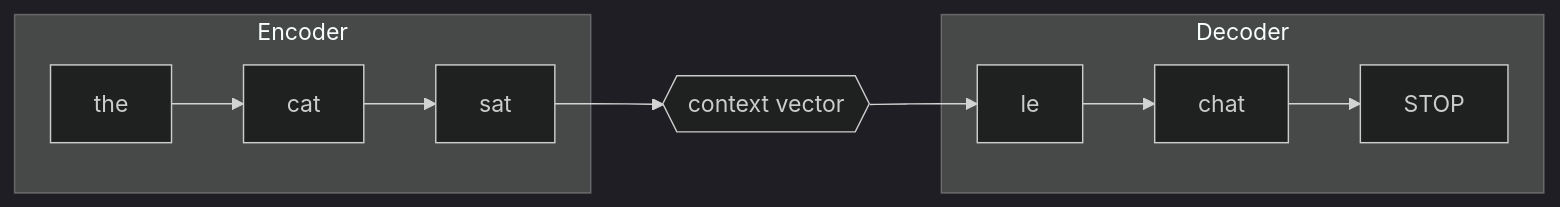
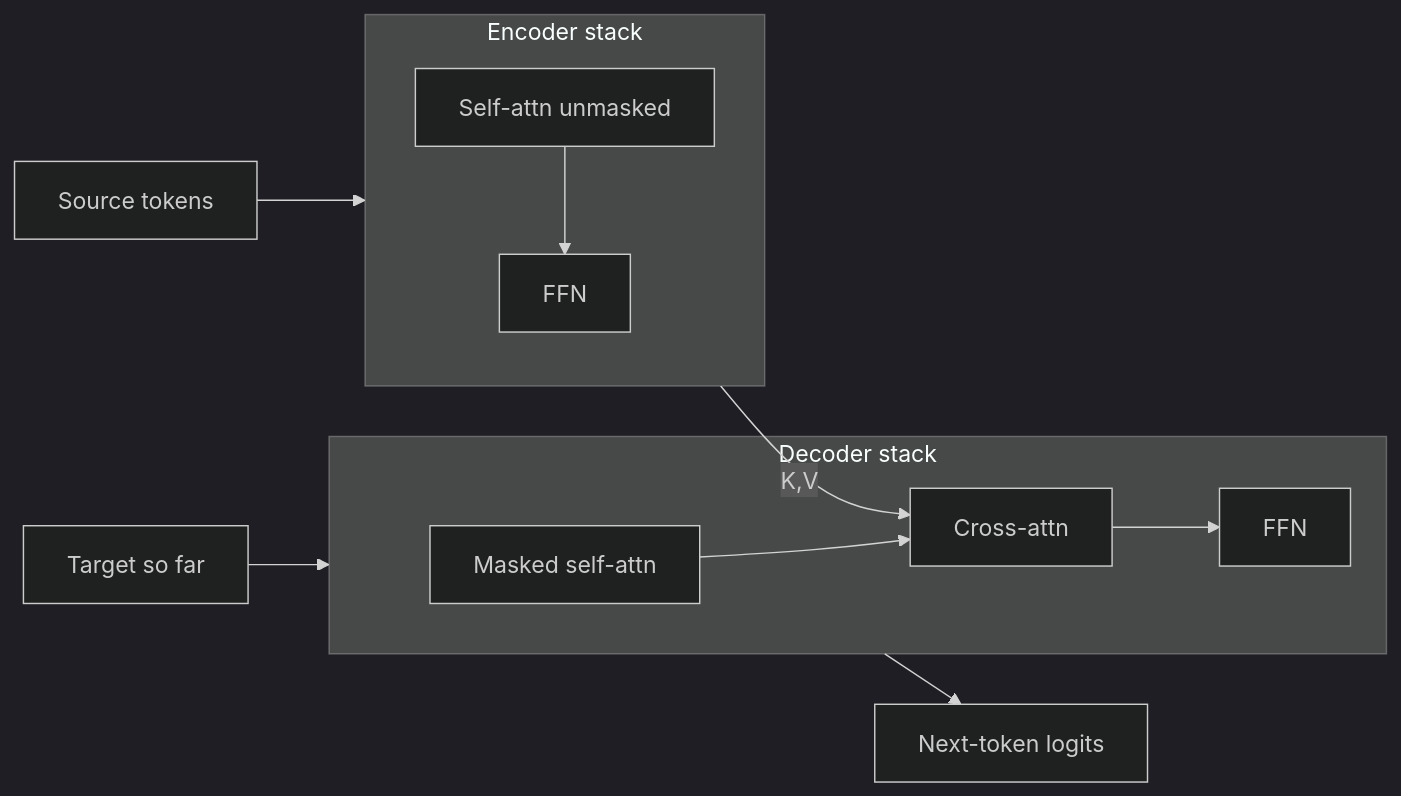
One commit to kader-xai/kader-xai.github.io changed the third of 3 diagrams in ai-ml-encyclopedia/ch17.qmd. Above: the diagram before and after it, drawn with Mermaid (dark theme). The commit also changed other lines of this file and 47 other files, not shown here.

````diff
--- a/ai-ml-encyclopedia/ch17.qmd
+++ b/ai-ml-encyclopedia/ch17.qmd
@@ -294,11 +267,13 @@
 ```{mermaid}
 flowchart LR
-    subgraph Encoder
-      e1[the] --> e2[cat] --> e3[sat]
-    end
-    e3 --> ctx{{context vector}}
-    ctx --> d1
-    subgraph Decoder
-      d1[le] --> d2[chat] --> d3[STOP]
-    end
+  subgraph ENC[Encoder stack]
+    E1[Self-attn unmasked] --> E2[FFN]
+  end
+  subgraph DEC[Decoder stack]
+    D1[Masked self-attn] --> D2[Cross-attn] --> D3[FFN]
+  end
+  src[Source tokens] --> ENC
+  ENC -->|K,V| D2
+  tgt[Target so far] --> DEC
+  DEC --> out[Next-token logits]
 ```
````
